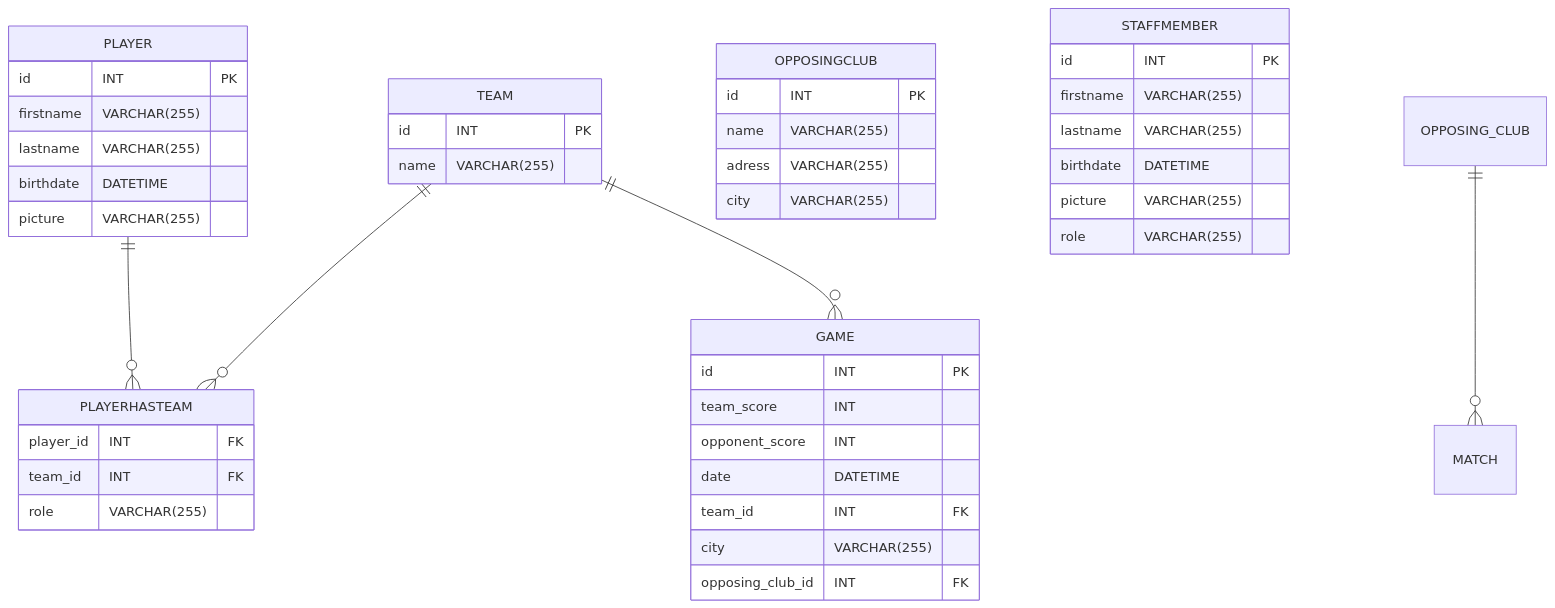
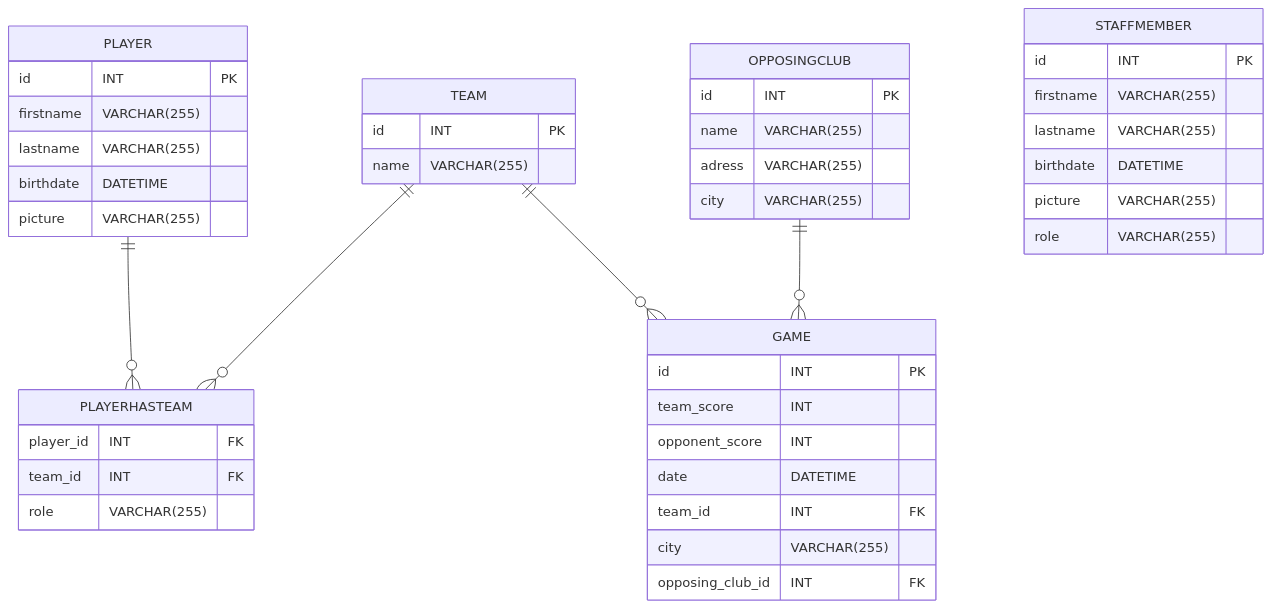
Before and after one commit to Askeri0ns/EsportClub-Project: the diagram in README.md, drawn with Mermaid.

````diff
--- a/README.md
+++ b/README.md
@@ -4,47 +4,47 @@
 ```mermaid
 erDiagram
 	PLAYER {
 		id INT PK
 		firstname VARCHAR(255)
 		lastname VARCHAR(255)
 		birthdate DATETIME
 		picture VARCHAR(255)
 	}
 	PLAYERHASTEAM {
 		player_id INT FK
 		team_id INT FK
 		role VARCHAR(255)
 	}
 	TEAM {
 		id INT PK
 		name VARCHAR(255)
 	}
 	GAME {
 		id INT PK
 		team_score INT
 		opponent_score INT
 		date DATETIME
 		team_id INT FK
 		city VARCHAR(255)
 		opposing_club_id INT FK
 	}
 	OPPOSINGCLUB {
 		id INT PK
 		name VARCHAR(255)
 		adress VARCHAR(255)
 		city VARCHAR(255)
 	}
 	STAFFMEMBER {
 		id INT PK
 		firstname VARCHAR(255)
 		lastname VARCHAR(255)
 		birthdate DATETIME
 		picture VARCHAR(255)
 		role VARCHAR(255)
 	}
 	
 	TEAM ||--o{ PLAYERHASTEAM : ""
 	PLAYER ||--o{ PLAYERHASTEAM : ""
 	TEAM ||--o{ GAME : ""
-	OPPOSING_CLUB ||--o{ MATCH : ""
+	OPPOSINGCLUB ||--o{ GAME : ""
 ```
````
